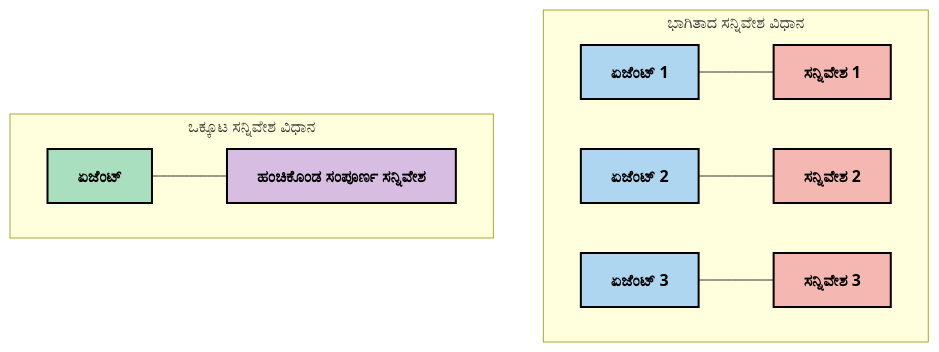
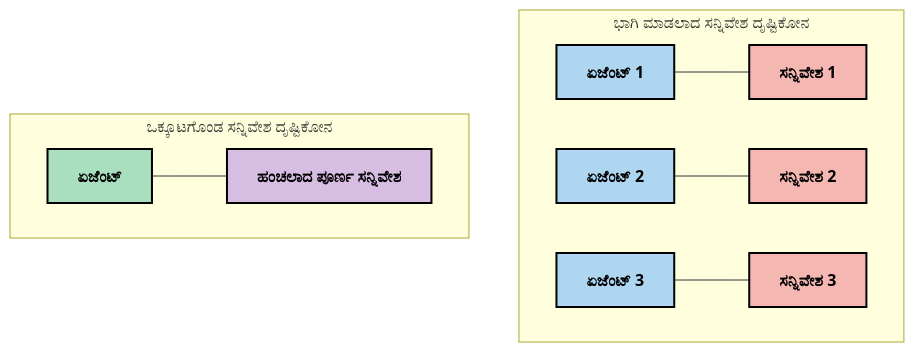
Before and after one commit to HIDORAKAI002/ai-workspace-archive: the second of 6 diagrams in mcp_ecosystem__model_context_protocol/mcp_learning_resources/mcp-for-beginners/translations/kn/05-AdvancedTopics/mcp-contextengineering/README.md, drawn with Mermaid. The commit also changed other lines of this file and 1046 other files, not shown here.

````diff
--- a/mcp_ecosystem__model_context_protocol/mcp_learning_resources/mcp-for-beginners/translations/kn/05-AdvancedTopics/mcp-contextengineering/README.md
+++ b/mcp_ecosystem__model_context_protocol/mcp_learning_resources/mcp-for-beginners/translations/kn/05-AdvancedTopics/mcp-contextengineering/README.md
@@ -71,21 +73,21 @@
 ```mermaid
 graph TD
-    subgraph "ಭಾಗಿತಾದ ಸನ್ನಿವೇಶ ವಿಧಾನ"
+    subgraph "ಭಾಗಿ ಮಾಡಲಾದ ಸನ್ನಿವೇಶ ದೃಷ್ಟಿಕೋನ"
     A1[ಏಜೆಂಟ್ 1] --- C1[ಸನ್ನಿವೇಶ 1]
     A2[ಏಜೆಂಟ್ 2] --- C2[ಸನ್ನಿವೇಶ 2]
     A3[ಏಜೆಂಟ್ 3] --- C3[ಸನ್ನಿವೇಶ 3]
     end
     
-    subgraph "ಒಕ್ಕೂಟ ಸನ್ನಿವೇಶ ವಿಧಾನ"
-    B1[ಏಜೆಂಟ್] --- D1[ಹಂಚಿಕೊಂಡ ಸಂಪೂರ್ಣ ಸನ್ನಿವೇಶ]
+    subgraph "ಒಕ್ಕೂಟಗೊಂಡ ಸನ್ನಿವೇಶ ದೃಷ್ಟಿಕೋನ"
+    B1[ಏಜೆಂಟ್] --- D1[ಹಂಚಲಾದ ಪೂರ್ಣ ಸನ್ನಿವೇಶ]
     end
     
     style A1 fill:#AED6F1,stroke:#000000,stroke-width:2px,color:#000000,font-weight:bold
     style A2 fill:#AED6F1,stroke:#000000,stroke-width:2px,color:#000000,font-weight:bold
     style A3 fill:#AED6F1,stroke:#000000,stroke-width:2px,color:#000000,font-weight:bold
     style B1 fill:#A9DFBF,stroke:#000000,stroke-width:2px,color:#000000,font-weight:bold
     style C1 fill:#F5B7B1,stroke:#000000,stroke-width:2px,color:#000000,font-weight:bold
     style C2 fill:#F5B7B1,stroke:#000000,stroke-width:2px,color:#000000,font-weight:bold
     style C3 fill:#F5B7B1,stroke:#000000,stroke-width:2px,color:#000000,font-weight:bold
     style D1 fill:#D7BDE2,stroke:#000000,stroke-width:2px,color:#000000,font-weight:bold
 ```
````
